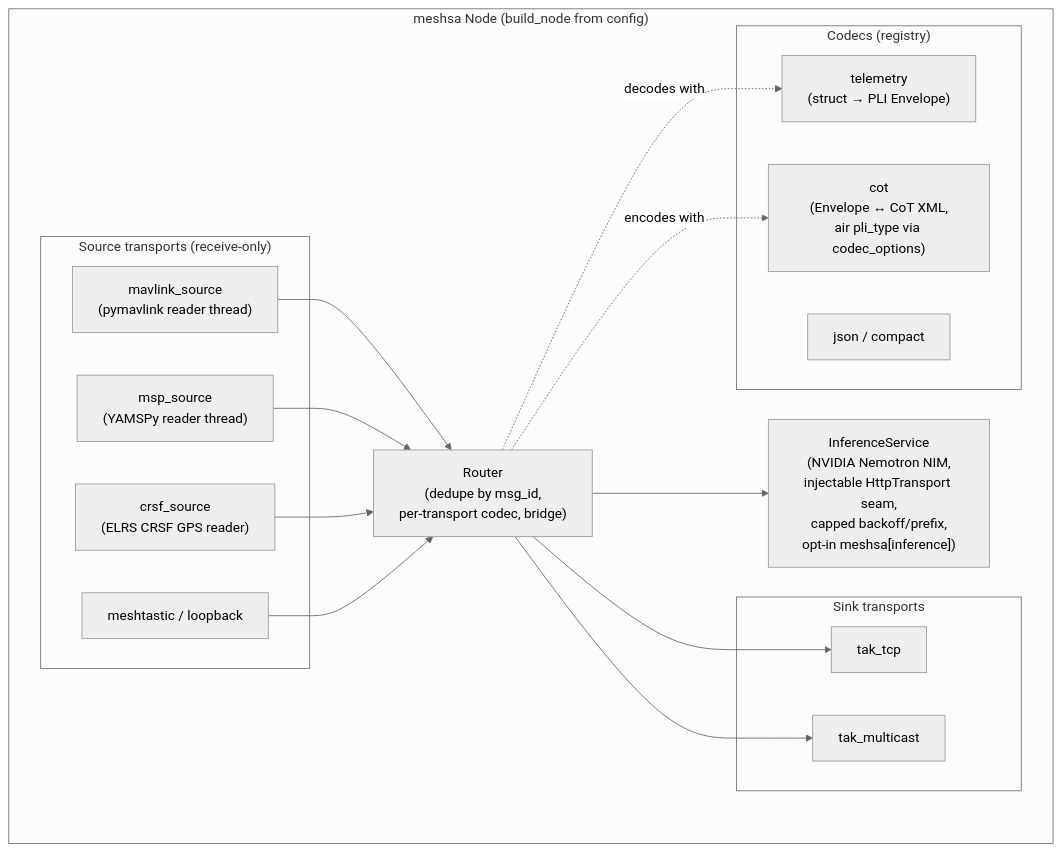
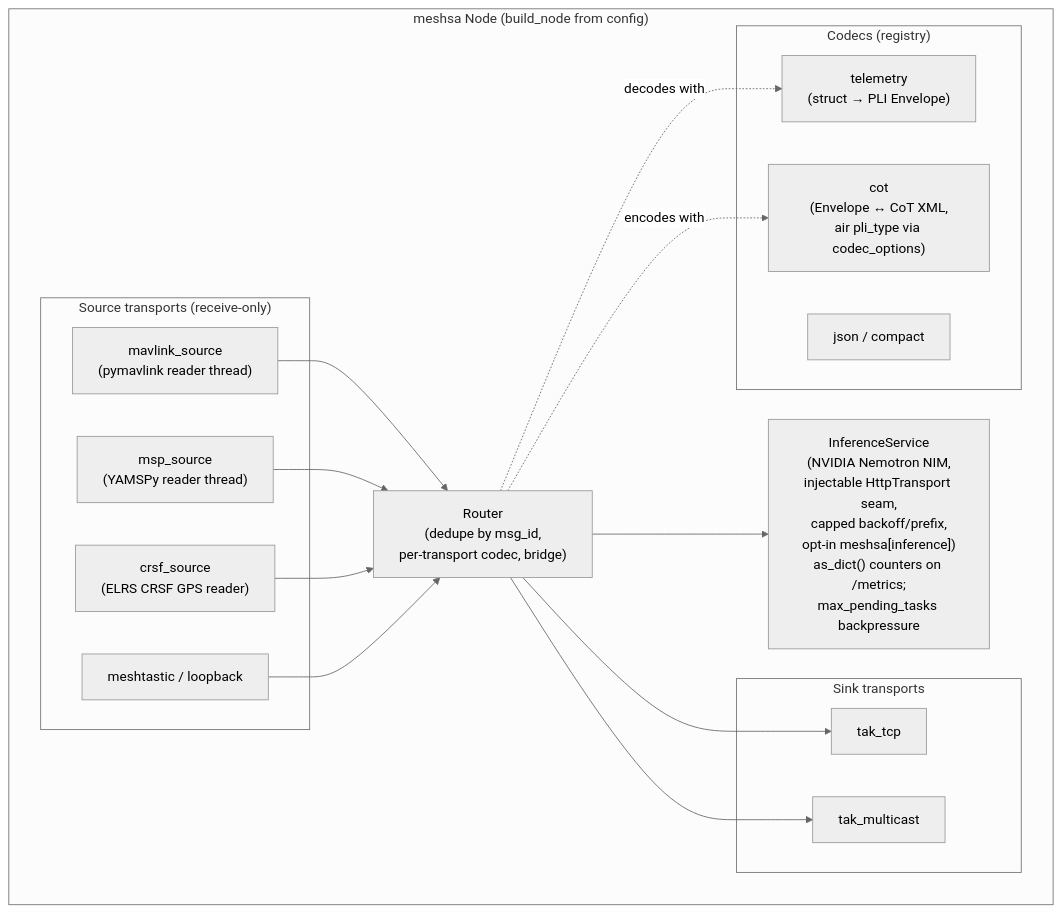
One commit to ianshank/GCP-Drone-Comms-Unit changed the third of 6 diagrams in docs/C4.md. Above: the diagram before and after it, drawn with Mermaid (neutral theme). The commit also changed other lines of this file and 13 other files, not shown here.

````diff
--- a/docs/C4.md
+++ b/docs/C4.md
@@ -57,31 +57,31 @@
 ```mermaid
 flowchart TB
     subgraph node["meshsa Node (build_node from config)"]
         router["Router<br/>(dedupe by msg_id,<br/>per-transport codec, bridge)"]
         subgraph sources["Source transports (receive-only)"]
             mav["mavlink_source<br/>(pymavlink reader thread)"]
             msp["msp_source<br/>(YAMSPy reader thread)"]
             crsf["crsf_source<br/>(ELRS CRSF GPS reader)"]
             mtx["meshtastic / loopback"]
         end
         subgraph sinks["Sink transports"]
             taktcp["tak_tcp"]
             takmc["tak_multicast"]
         end
         subgraph codecs["Codecs (registry)"]
             tel["telemetry<br/>(struct → PLI Envelope)"]
             cot["cot<br/>(Envelope ↔ CoT XML,<br/>air pli_type via codec_options)"]
             jsonc["json / compact"]
         end
         mav --> router
         msp --> router
         crsf --> router
         mtx --> router
         router --> taktcp
         router --> takmc
         router -. decodes with .-> tel
         router -. encodes with .-> cot
-        infer["InferenceService<br/>(NVIDIA Nemotron NIM,<br/>injectable HttpTransport seam,<br/>capped backoff/prefix,<br/>opt-in meshsa[inference])"]
+        infer["InferenceService<br/>(NVIDIA Nemotron NIM,<br/>injectable HttpTransport seam,<br/>capped backoff/prefix,<br/>opt-in meshsa[inference])<br/>as_dict() counters on /metrics;<br/>max_pending_tasks backpressure"]
         router --> infer
     end
 ```
````
